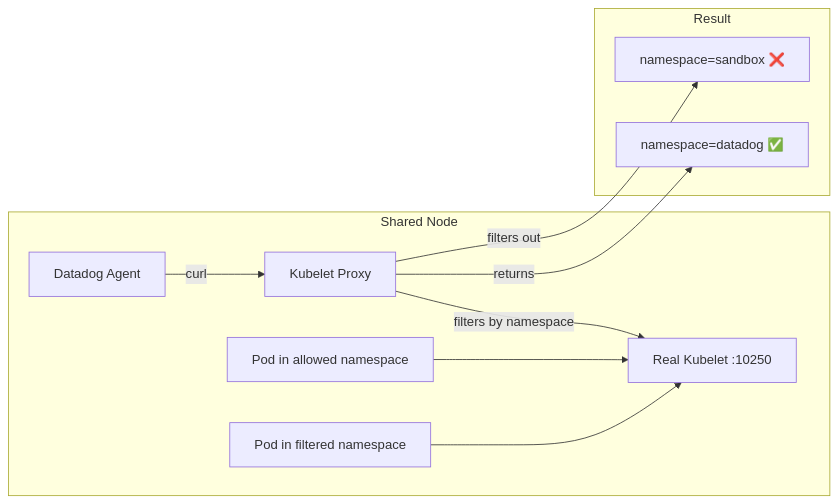
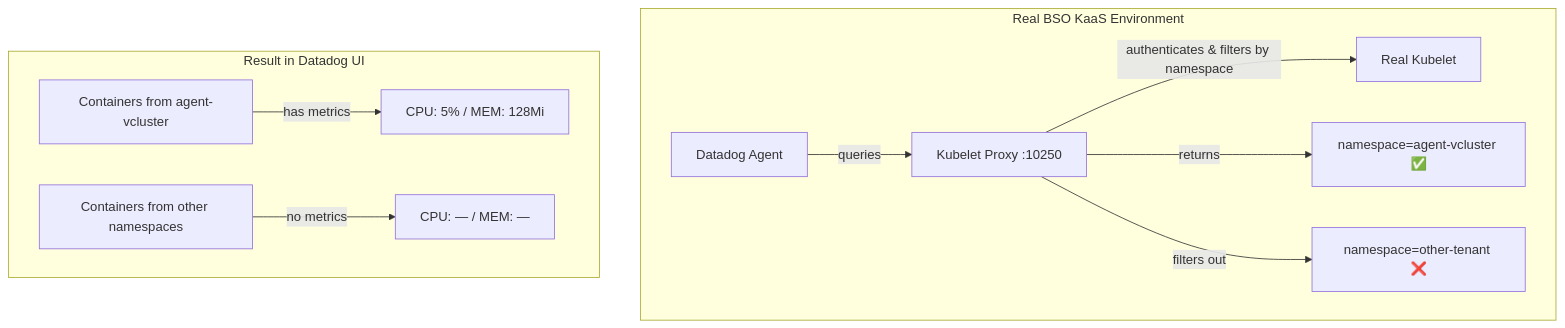
The diagram in containers/kubelet-proxy-filtering/README.md (ddalexvea/datadog-sandboxes-by-ai), drawn with Mermaid before and after one commit. The commit also changed other lines of this file, not shown here.

````diff
--- a/containers/kubelet-proxy-filtering/README.md
+++ b/containers/kubelet-proxy-filtering/README.md
@@ -23,15 +23,14 @@
 ```mermaid
-graph LR
-    subgraph "Shared Node"
-        A[Datadog Agent] -->|curl| B[Kubelet Proxy]
-        B -->|filters by namespace| C[Real Kubelet :10250]
-        
-        D[Pod in allowed namespace] --> C
-        E[Pod in filtered namespace] --> C
+graph TD
+    subgraph "Real BSO KaaS Environment"
+        A[Datadog Agent] -->|queries| B[Kubelet Proxy :10250]
+        B -->|authenticates &amp; filters by namespace| C[Real Kubelet]
+        B -->|returns| D["namespace=agent-vcluster ✅"]
+        B -->|filters out| E["namespace=other-tenant ❌"]
     end
     
-    subgraph "Result"
-        B -->|returns| F["namespace=datadog ✅"]
-        B -->|filters out| G["namespace=sandbox ❌"]
+    subgraph "Result in Datadog UI"
+        F[Containers from agent-vcluster] -->|has metrics| G["CPU: 5% / MEM: 128Mi"]
+        H[Containers from other namespaces] -->|no metrics| I["CPU: — / MEM: —"]
     end
 ```
````
